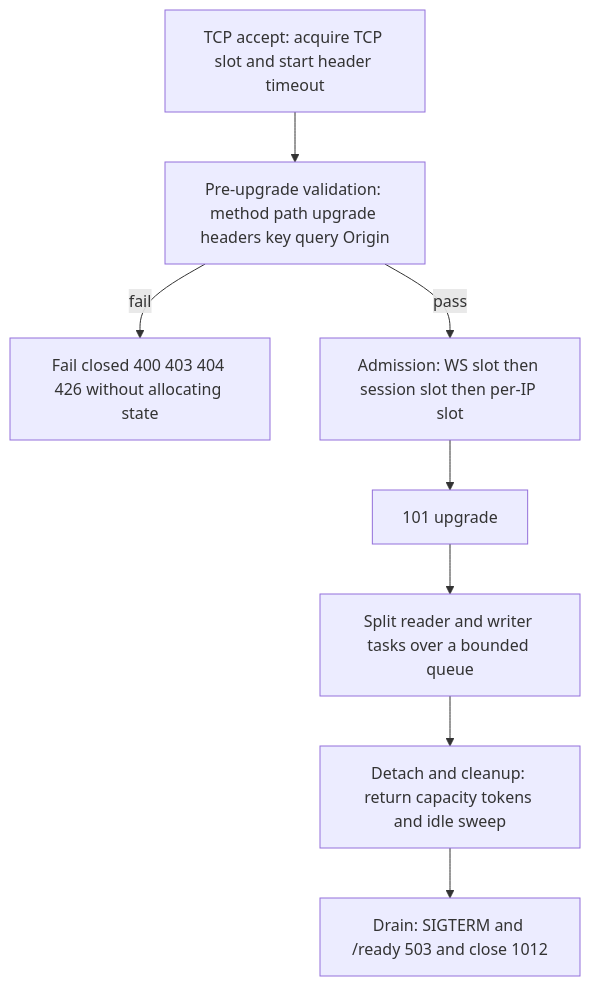
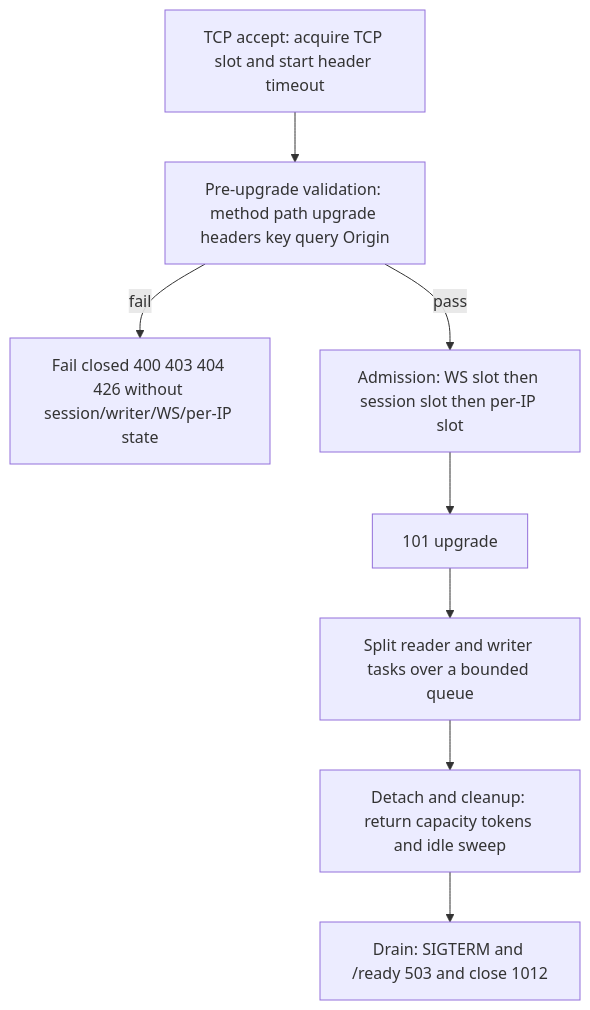
One commit to kfxhjz/paseo-relay changed the diagram in DESIGN.md. Above: the diagram before and after it, drawn with Mermaid. The commit also changed other lines of this file and 22 other files, not shown here.

````diff
--- a/DESIGN.md
+++ b/DESIGN.md
@@ -80,10 +80,10 @@
 ```mermaid
 flowchart TD
   A["TCP accept: acquire TCP slot and start header timeout"] --> B["Pre-upgrade validation: method path upgrade headers key query Origin"]
-  B -->|fail| C["Fail closed 400 403 404 426 without allocating state"]
+  B -->|fail| C["Fail closed 400 403 404 426 without session/writer/WS/per-IP state"]
   B -->|pass| D["Admission: WS slot then session slot then per-IP slot"]
   D --> E["101 upgrade"]
   E --> F["Split reader and writer tasks over a bounded queue"]
   F --> G["Detach and cleanup: return capacity tokens and idle sweep"]
   G --> H["Drain: SIGTERM and /ready 503 and close 1012"]
 ```
````
